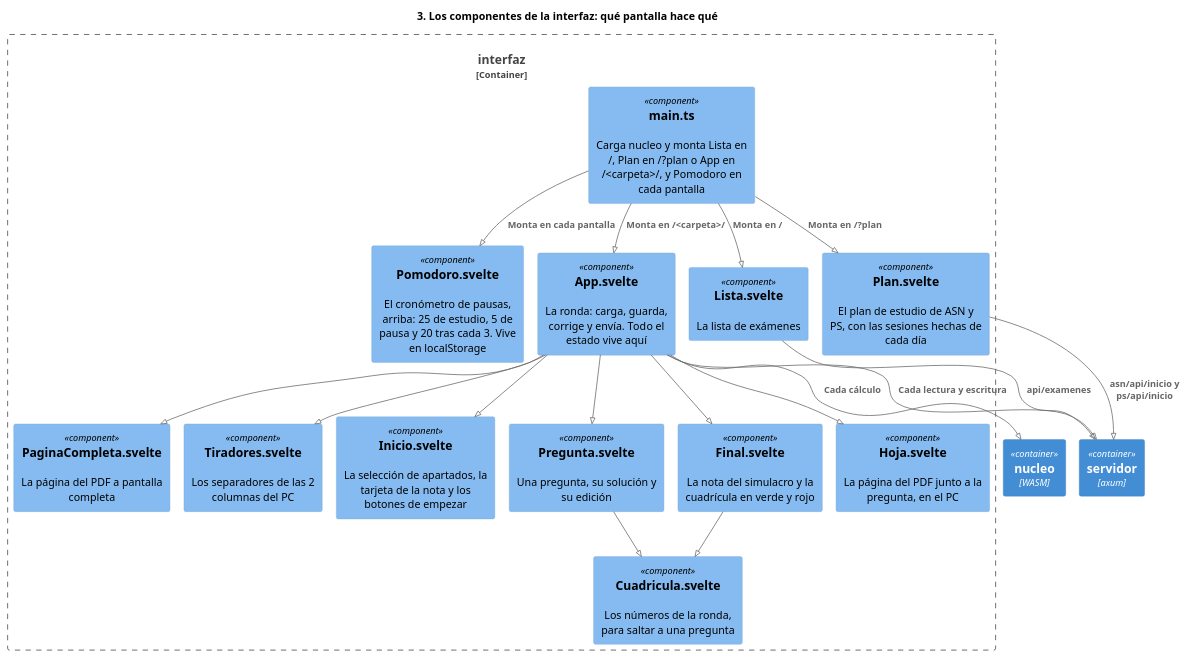
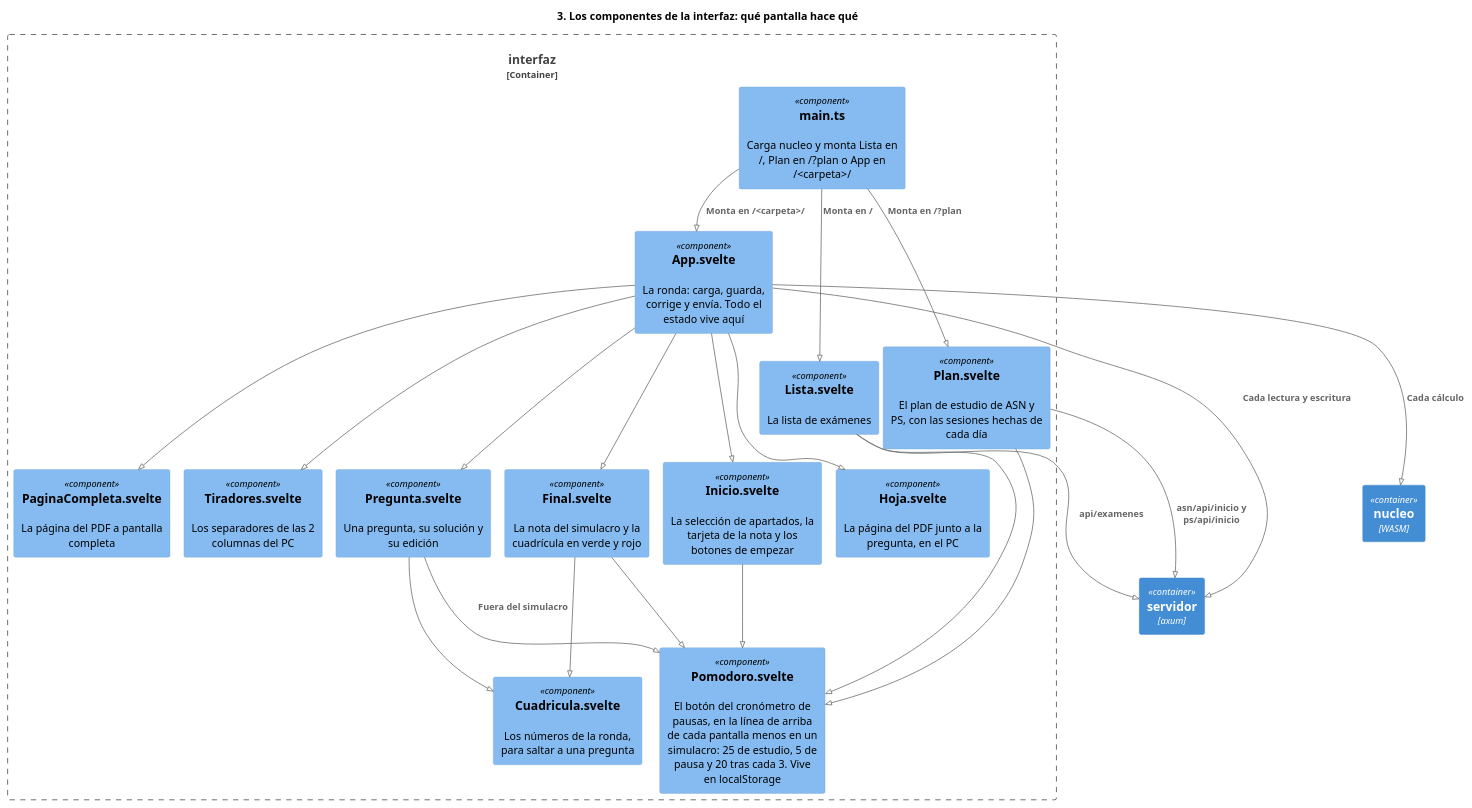
The diagram in docs/diagramas/3-interfaz.puml (jfdg01/examenes), drawn with PlantUML before and after one commit. The commit also changed 10 other files, not shown here.

First line of the commit message:
feat: el cronómetro de pausas es un botón de la línea de arriba

```diff
--- a/docs/diagramas/3-interfaz.puml
+++ b/docs/diagramas/3-interfaz.puml
@@ -1,40 +1,44 @@
 @startuml 3-interfaz
 !pragma layout smetana
 !include <C4/C4_Component>
 title 3. Los componentes de la interfaz: qué pantalla hace qué
 
 Container(servidor, "servidor", "axum")
 Container(nucleo, "nucleo", "WASM")
 
 Container_Boundary(interfaz, "interfaz") {
-  Component(main, "main.ts", "", "Carga nucleo y monta Lista en /, Plan en /?plan o App en /<carpeta>/, y Pomodoro en cada pantalla")
-  Component(pomodoro, "Pomodoro.svelte", "", "El cronómetro de pausas, arriba: 25 de estudio, 5 de pausa y 20 tras cada 3. Vive en localStorage")
+  Component(main, "main.ts", "", "Carga nucleo y monta Lista en /, Plan en /?plan o App en /<carpeta>/")
+  Component(pomodoro, "Pomodoro.svelte", "", "El botón del cronómetro de pausas, en la línea de arriba de cada pantalla menos en un simulacro: 25 de estudio, 5 de pausa y 20 tras cada 3. Vive en localStorage")
   Component(lista, "Lista.svelte", "", "La lista de exámenes")
   Component(plan, "Plan.svelte", "", "El plan de estudio de ASN y PS, con las sesiones hechas de cada día")
   Component(app, "App.svelte", "", "La ronda: carga, guarda, corrige y envía. Todo el estado vive aquí")
   Component(inicio, "Inicio.svelte", "", "La selección de apartados, la tarjeta de la nota y los botones de empezar")
   Component(pregunta, "Pregunta.svelte", "", "Una pregunta, su solución y su edición")
   Component(final, "Final.svelte", "", "La nota del simulacro y la cuadrícula en verde y rojo")
   Component(cuadricula, "Cuadricula.svelte", "", "Los números de la ronda, para saltar a una pregunta")
   Component(hoja, "Hoja.svelte", "", "La página del PDF junto a la pregunta, en el PC")
   Component(pagina, "PaginaCompleta.svelte", "", "La página del PDF a pantalla completa")
   Component(tiradores, "Tiradores.svelte", "", "Los separadores de las 2 columnas del PC")
 }
 
 Rel(main, lista, "Monta en /")
 Rel(main, app, "Monta en /<carpeta>/")
 Rel(lista, servidor, "api/examenes")
 Rel(main, plan, "Monta en /?plan")
-Rel(main, pomodoro, "Monta en cada pantalla")
 Rel(plan, servidor, "asn/api/inicio y ps/api/inicio")
 Rel(app, inicio, "")
 Rel(app, pregunta, "")
 Rel(app, final, "")
 Rel(app, hoja, "")
 Rel(app, pagina, "")
 Rel(app, tiradores, "")
 Rel(pregunta, cuadricula, "")
 Rel(final, cuadricula, "")
+Rel(lista, pomodoro, "")
+Rel(plan, pomodoro, "")
+Rel(inicio, pomodoro, "")
+Rel(pregunta, pomodoro, "Fuera del simulacro")
+Rel(final, pomodoro, "")
 Rel(app, nucleo, "Cada cálculo")
 Rel(app, servidor, "Cada lectura y escritura")
 @enduml
```
